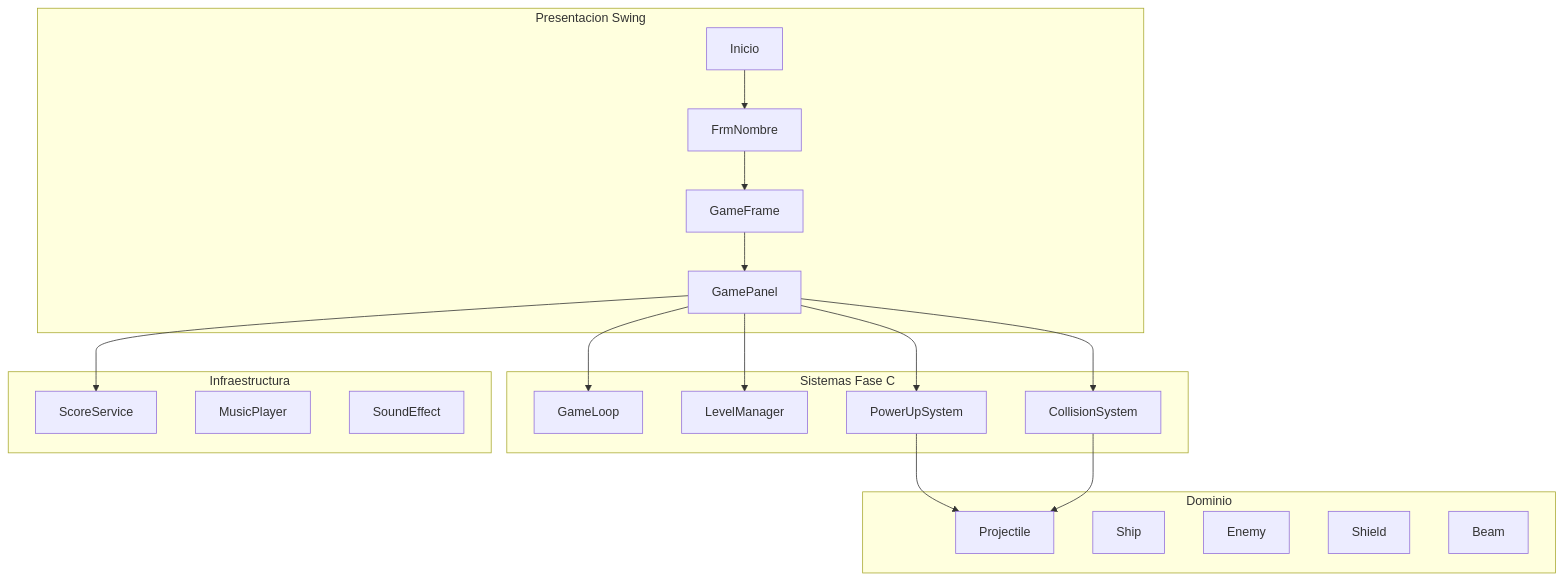
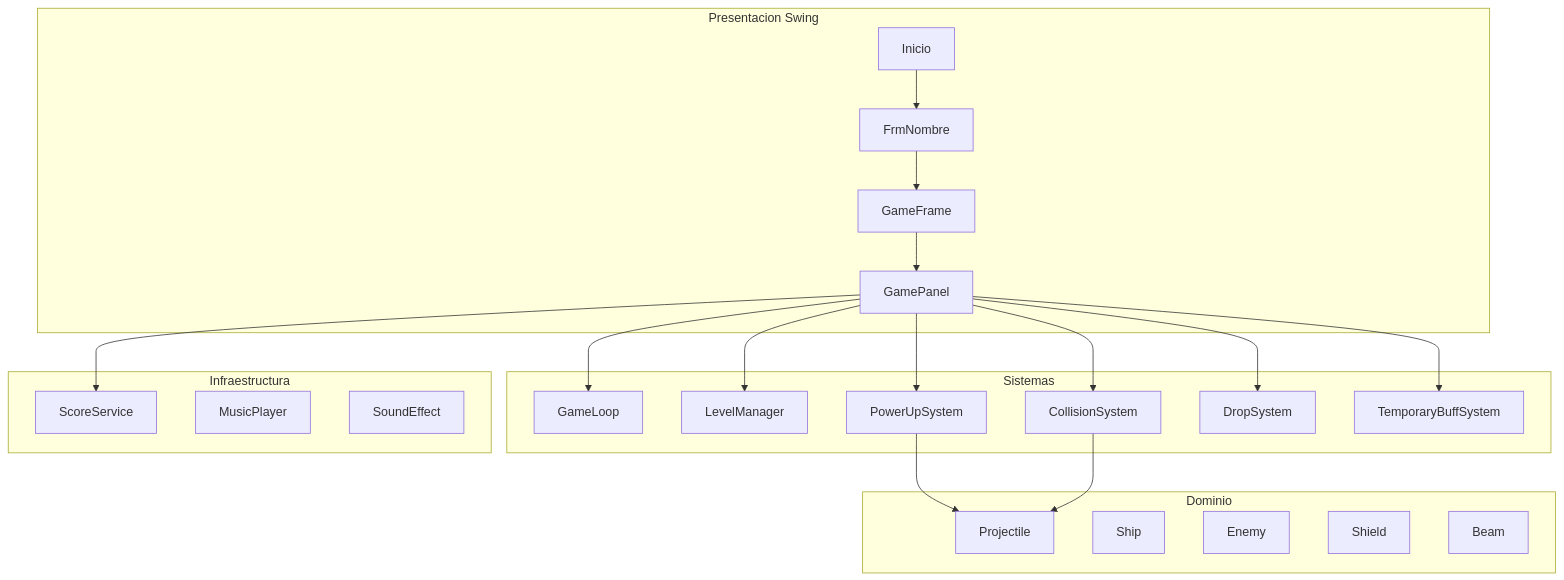
Before and after one commit to Lenny004/Space_Invaders_Game: the diagram in docs/ARQUITECTURA.md, drawn with Mermaid. The commit also changed other lines of this file and 13 other files, not shown here.

````diff
--- a/docs/ARQUITECTURA.md
+++ b/docs/ARQUITECTURA.md
@@ -40,37 +40,41 @@
 ```mermaid
 flowchart TB
   subgraph ui [Presentacion Swing]
     Inicio --> FrmNombre
     FrmNombre --> GameFrame
     GameFrame --> GamePanel
   end
 
-  subgraph systems [Sistemas Fase C]
+  subgraph systems [Sistemas]
     GameLoop
     LevelManager
     CollisionSystem
     PowerUpSystem
+    DropSystem
+    TemporaryBuffSystem
   end
 
   subgraph domain [Dominio]
     Projectile
     Ship
     Enemy
     Shield
     Beam
   end
 
   subgraph infra [Infraestructura]
     ScoreService
     MusicPlayer
     SoundEffect
   end
 
   GamePanel --> GameLoop
   GamePanel --> LevelManager
   GamePanel --> CollisionSystem
   GamePanel --> PowerUpSystem
+  GamePanel --> DropSystem
+  GamePanel --> TemporaryBuffSystem
   PowerUpSystem --> Projectile
   CollisionSystem --> Projectile
   GamePanel --> ScoreService
 ```
````
